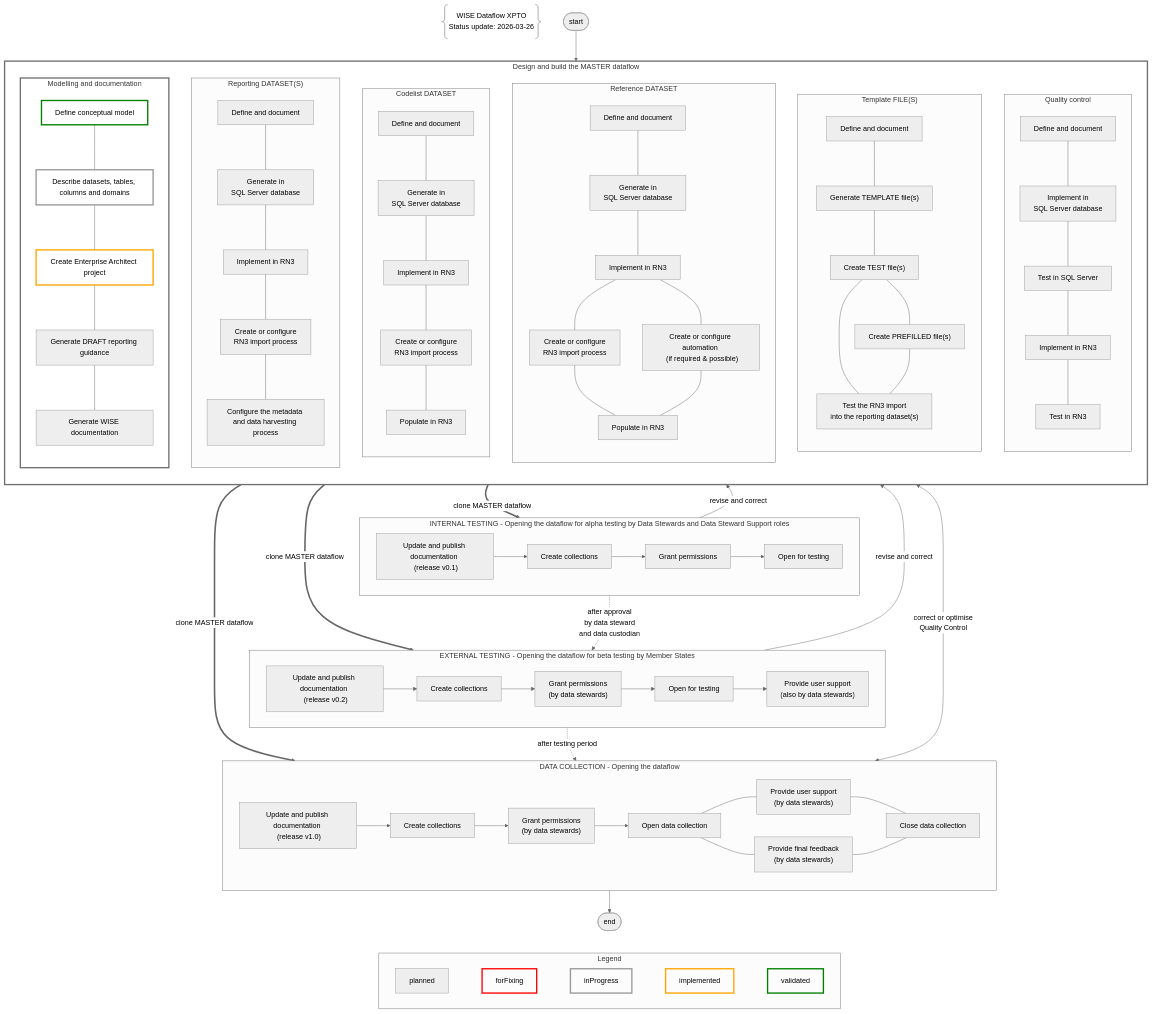
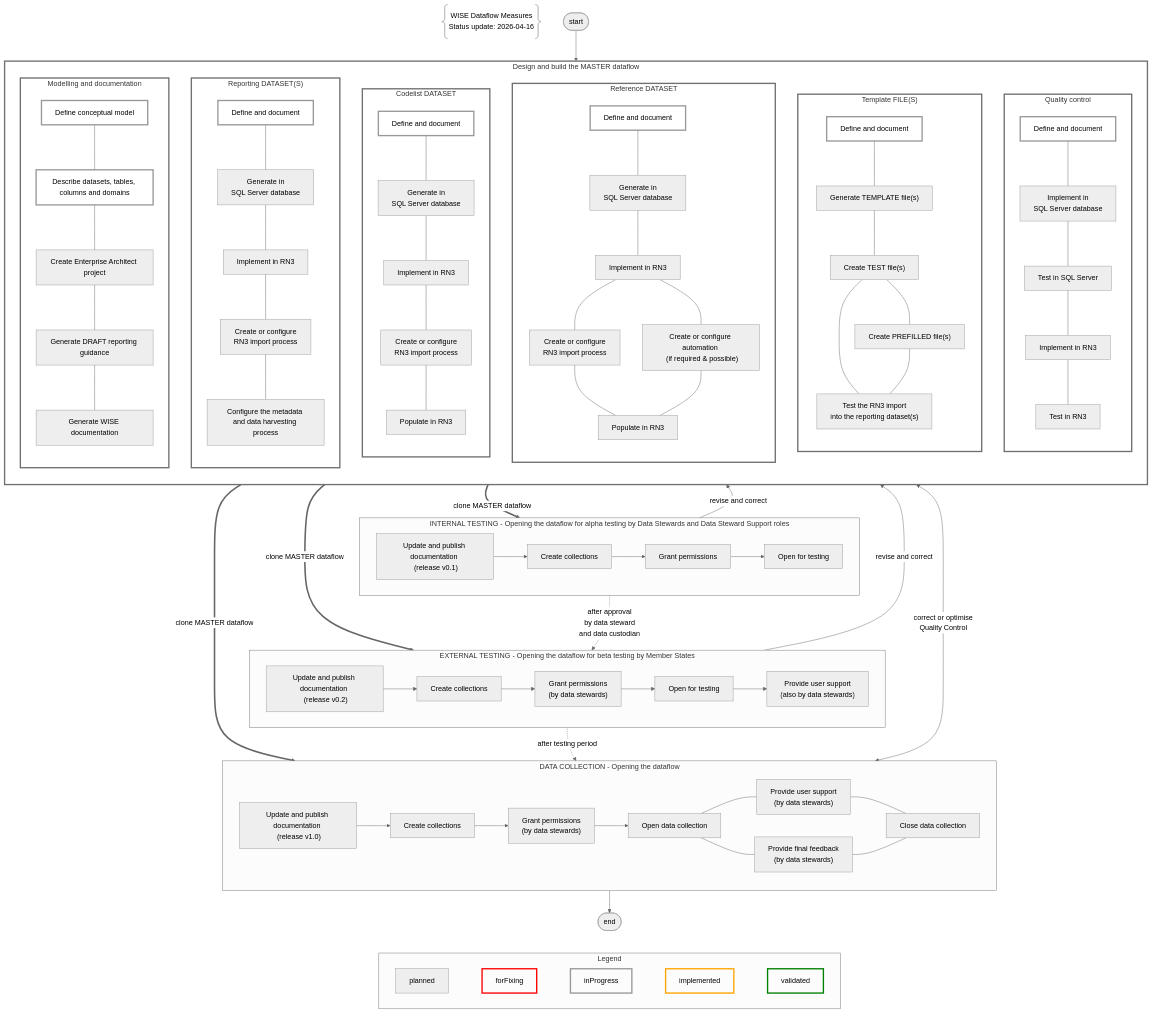
Before and after one commit to eeadata/WISE.WFD.Documentation: the diagram in docs/DataModelReview/WFDMeasures.md, drawn with Mermaid. The commit also changed 3 other files, not shown here.

````diff
--- a/docs/DataModelReview/WFDMeasures.md
+++ b/docs/DataModelReview/WFDMeasures.md
@@ -13,7 +13,7 @@
 flowchart 
 
 %% 
-title@{ shape: braces, label: "WISE Dataflow XPTO \n Status update: 2026-03-26" }
+title@{ shape: braces, label: "WISE Dataflow Measures \n Status update: 2026-04-16" }
 
 %% Defining the nodes and overall flow
         
@@ -207,11 +207,20 @@
 classDef final fill:#000,stroke:#aaa,stroke-width:4px
 
 %% STATUS UPDATES
-%% 2026-03-26
+%% 2026-04-16
 class P1 inProgress
 class MD inProgress
+class RepD inProgress
+class CL inProgress
+class RefD inProgress
+class TF inProgress
+class QC inProgress
 
-class MD1 validated;
+class MD1 inProgress;
 class MD2 inProgress;
-class MD3 implemented;
+class RepD1 inProgress;
+class CL1 inProgress;
+class RefD1 inProgress;
+class TF1 inProgress;
+class QC1 inProgress;
 ```
````
